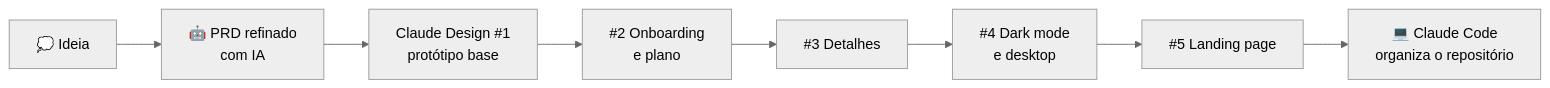
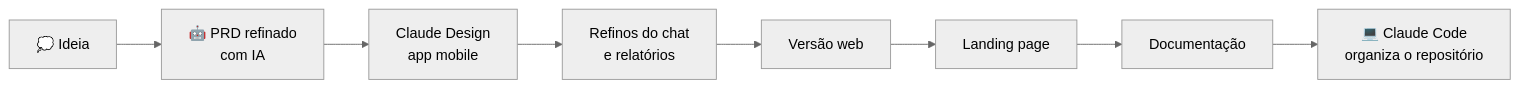
Before and after one commit to DLTechSup/dio-lab-vibe-coding-app-financas: the third of 4 diagrams in README.md, drawn with Mermaid (neutral theme). The commit also changed other lines of this file, not shown here.

First line of the commit message:
docs: atualiza README com a documentação do protótipo

````diff
--- a/README.md
+++ b/README.md
@@ -217,10 +260,10 @@
 ```mermaid
 flowchart LR
     I[💭 Ideia] --> R[🤖 PRD refinado<br/>com IA]
-    R --> D1[Claude Design #1<br/>protótipo base]
-    D1 --> D2[#2 Onboarding<br/>e plano]
-    D2 --> D3[#3 Detalhes]
-    D3 --> D4[#4 Dark mode<br/>e desktop]
-    D4 --> D5[#5 Landing page]
+    R --> D1[Claude Design<br/>app mobile]
+    D1 --> D2[Refinos do chat<br/>e relatórios]
+    D2 --> D3[Versão web]
+    D3 --> D4[Landing page]
+    D4 --> D5[Documentação]
     D5 --> CC[💻 Claude Code<br/>organiza o repositório]
 ```
````
